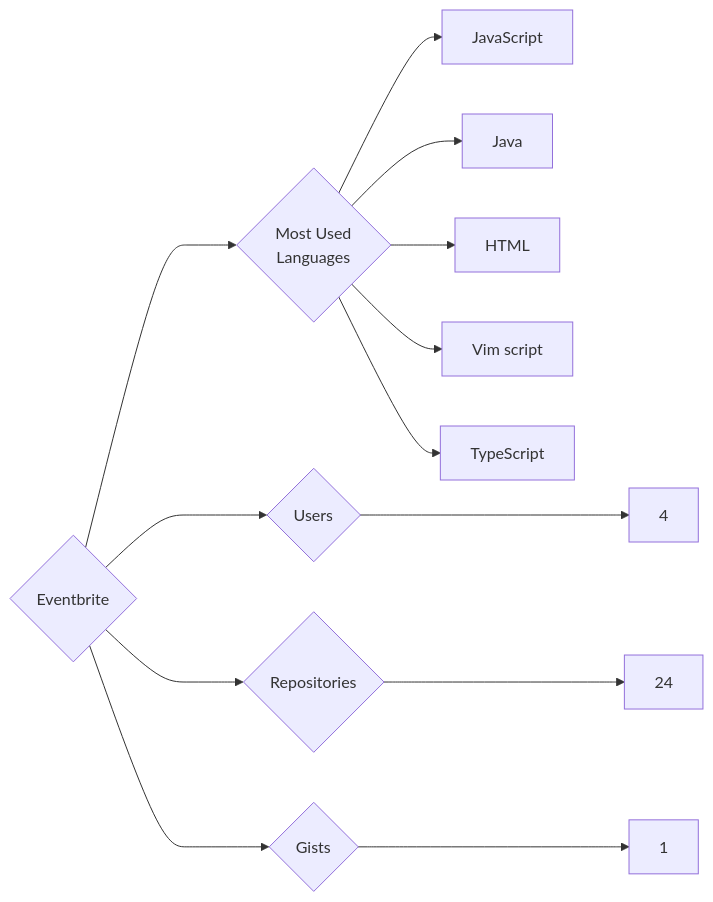
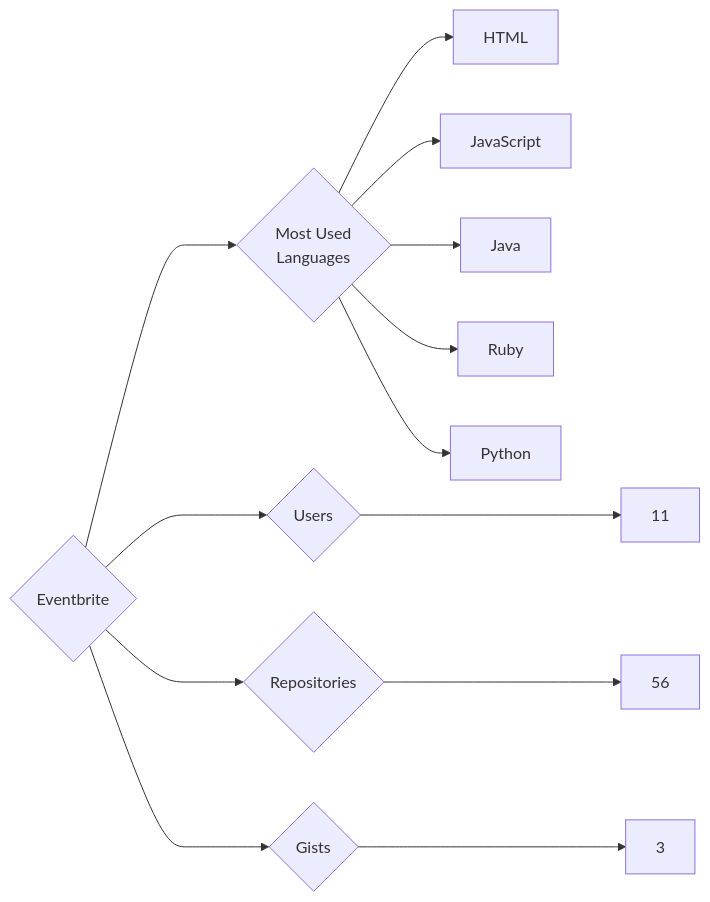
Before and after one commit to trickest/insiders: the diagram in targets/Eventbrite/README.md, drawn with Mermaid. The commit also changed 777 other files, not shown here.

````diff
--- a/targets/Eventbrite/README.md
+++ b/targets/Eventbrite/README.md
@@ -3,13 +3,13 @@
 ```mermaid
 graph LR
 COMPANY_NAME{Eventbrite}
-COMPANY_NAME ---> U{Users} ---> UN[4]
-COMPANY_NAME ---> R{Repositories} ---> RN[24]
-COMPANY_NAME ---> G{Gists} ---> GN[1]
+COMPANY_NAME ---> U{Users} ---> UN[11]
+COMPANY_NAME ---> R{Repositories} ---> RN[56]
+COMPANY_NAME ---> G{Gists} ---> GN[3]
 COMPANY_NAME ---> ML{Most Used<br>Languages}
+ML --> HTML[HTML]
 ML --> JavaScript[JavaScript]
 ML --> Java[Java]
-ML --> HTML[HTML]
-ML --> Vim_script[Vim script]
-ML --> TypeScript[TypeScript]
+ML --> Ruby[Ruby]
+ML --> Python[Python]
 ```
````
